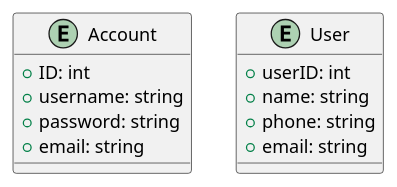
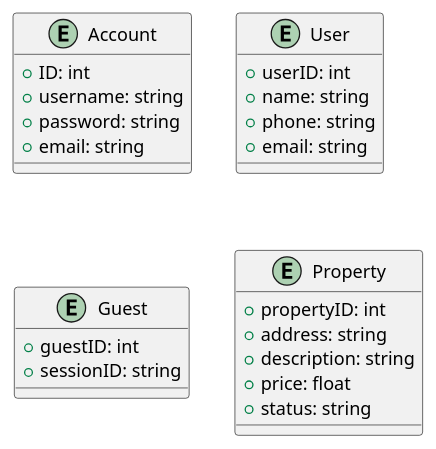
Before and after one commit to penamarth/bsbo-01-22_team4_var8: the diagram in Domain_model.md, drawn with PlantUML.

Commit message:
add Guest and Property

````diff
--- a/Domain_model.md
+++ b/Domain_model.md
@@ -1,19 +1,31 @@
 ```plantuml
 @startuml
 entity Account {
     +ID: int
     +username: string
     +password: string
     +email: string
 }
 
 entity User {
     +userID: int
     +name: string
     +phone: string
     +email: string
 }
 
+entity Guest {
+    +guestID: int
+    +sessionID: string
+}
+
+entity Property {
+    +propertyID: int
+    +address: string
+    +description: string
+    +price: float
+    +status: string
+}
 
 @enduml
 ```
````
